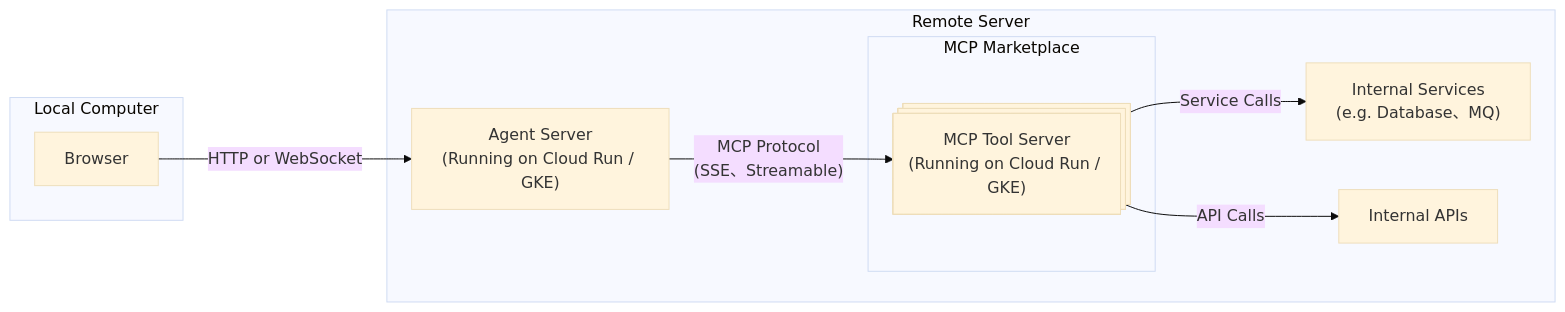
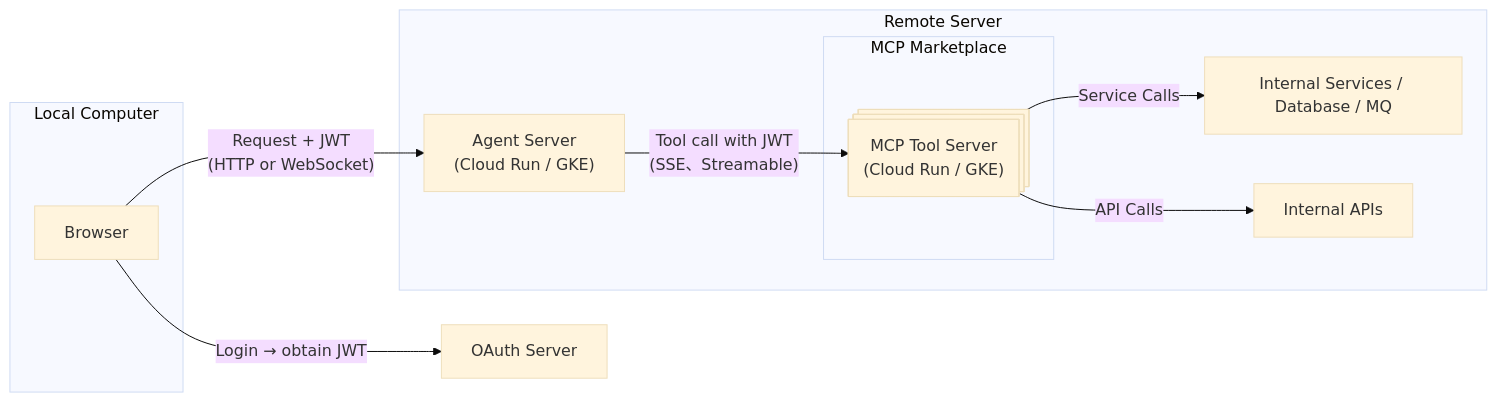
Before and after one commit to PinXian53/python-mcp-server: the diagram in README.md, drawn with Mermaid.

Commit message:
Refine flowchart in README to clarify server roles and authentication process

````diff
--- a/README.md
+++ b/README.md
@@ -30,25 +30,28 @@
 ```mermaid
 ---
 config:
   theme: base
 ---
 flowchart LR
     subgraph L["Local Computer"]
         U["Browser"]
     end
     subgraph MM["MCP Marketplace"]
-        M["MCP Tool Server<br>(Running on Cloud Run / GKE)"]
+        M["MCP Tool Server<br>(Cloud Run / GKE)"]
     end
     subgraph R["Remote Server"]
-        A["Agent Server<br>(Running on Cloud Run / GKE)"]
+        A["Agent Server<br>(Cloud Run / GKE)"]
         MM
-        IS["Internal Services<br>(e.g. Database、MQ)"]
+        IS["Internal Services / Database / MQ"]
         IA["Internal APIs"]
     end
-    U -- HTTP or WebSocket --> A
-    A -- MCP Protocol<br>(SSE、Streamable) --> M
+    O["OAuth Server"]
+
+    U -- Login → obtain JWT --> O
+    U -- Request + JWT<br>(HTTP or WebSocket) --> A
+    A -- Tool call with JWT<br>(SSE、Streamable) --> M
     M -- Service Calls --> IS
     M -- API Calls --> IA
 
     M@{ shape: procs}
 ```
````
